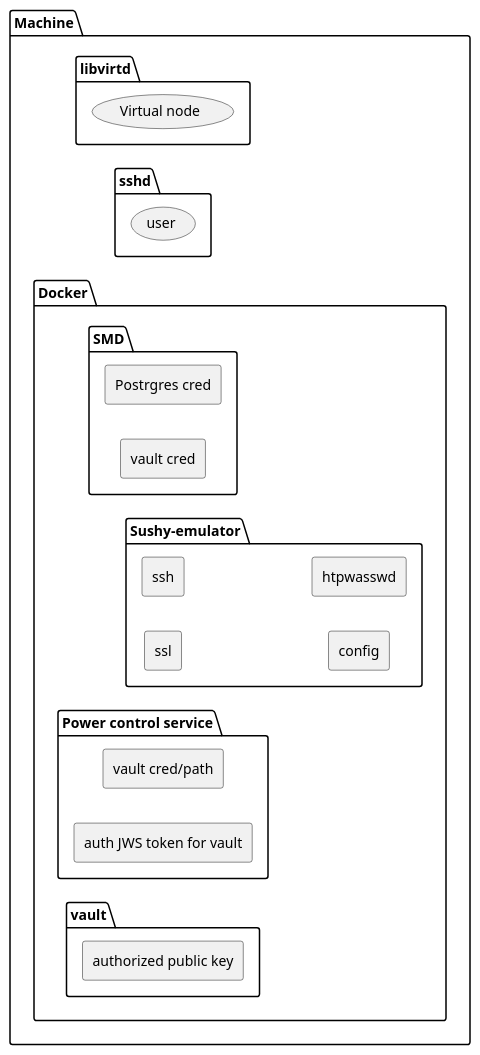
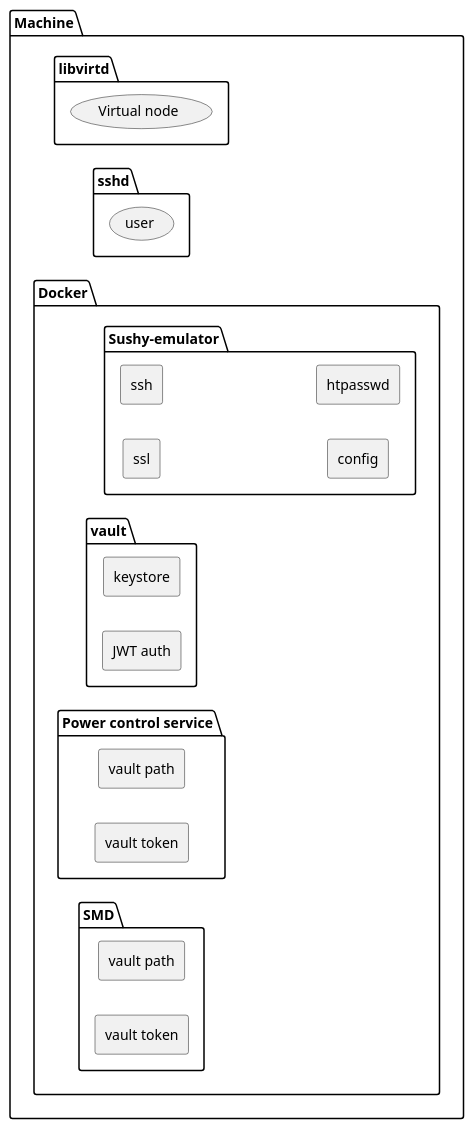
Before and after one commit to OpenCHAMI/deployment-recipes: the diagram in quickstart/assets/deployment-openchami-testing-environment.plantuml, drawn with PlantUML. The commit also changed 3 other files, not shown here.

Commit message:
docs: update diagram

```diff
--- a/quickstart/assets/deployment-openchami-testing-environment.plantuml
+++ b/quickstart/assets/deployment-openchami-testing-environment.plantuml
@@ -1,33 +1,34 @@
 @startuml
 
 left to right direction
 
 package machine_pkg as "Machine" {
   package libvirtd_pkg as "libvirtd" {
     (virtual_node) as "Virtual node"
   }
   package sshd as "sshd" {
-  	(user)
+    (user)
   }
   package docker_pkg as "Docker" {
-    package smd as "SMD" {
-    	rectangle smd_postgresql as "Postrgres cred"
-    	rectangle smd_vault as "vault cred"
-    }
     package sushy_emulator as "Sushy-emulator" {
       rectangle sushy_emulator_ssl as "ssl"
       rectangle sushy_emulator_ssh as "ssh"
       rectangle sushy_emulator_config as "config"
-      rectangle sushy_emulator_htpwasswd as "htpwasswd"
+      rectangle sushy_emulator_htpasswd as "htpasswd"
+    }
+    package vault as "vault" {
+      rectangle vault_keystore as "keystore"
+      rectangle vault_jwt_auth as "JWT auth"
     }
     package pcs as "Power control service" {
-      rectangle pcs_vault as "vault cred/path"
-      rectangle pcs_token as "auth JWS token for vault"
+      rectangle pcs_vault as "vault path"
+      rectangle pcs_token as "vault token"
     }
-    package vault as "vault" {
-      rectangle vault_public_key as "authorized public key"
+    package smd as "SMD" {
+      rectangle smd_vault as "vault path"
+      rectangle smd_token as "vault token"
     }
   }
 }
 
 @enduml
```
